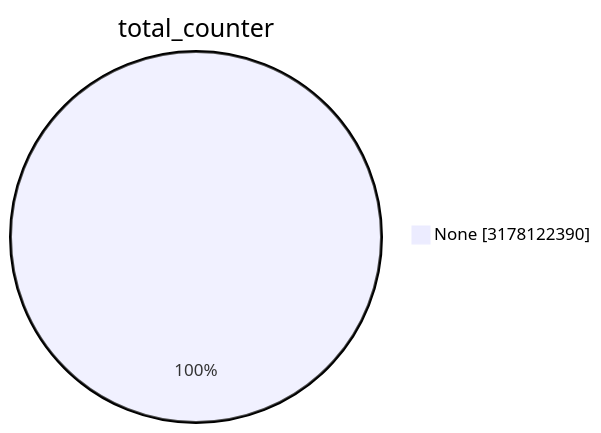
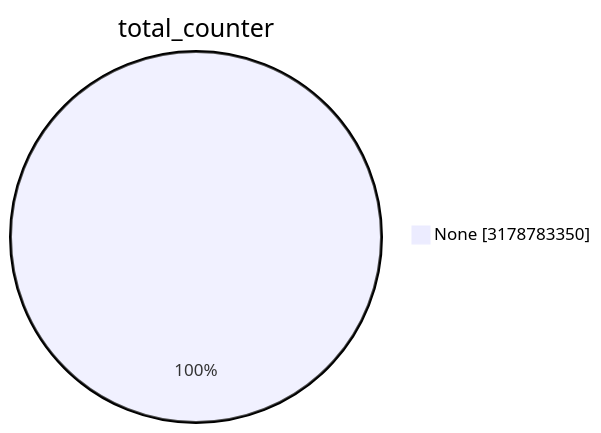
One commit to christiankrug/ctmonitor_visualization changed the first of 15 diagrams in TOTAL/README.md. Above: the diagram before and after it, drawn with Mermaid. The commit also changed other lines of this file, not shown here.

````diff
--- a/TOTAL/README.md
+++ b/TOTAL/README.md
@@ -1,5 +1,5 @@
 ```mermaid
 pie showData
 title total_counter
-"None" :3178122390
+"None" :3178783350
 ```
````
